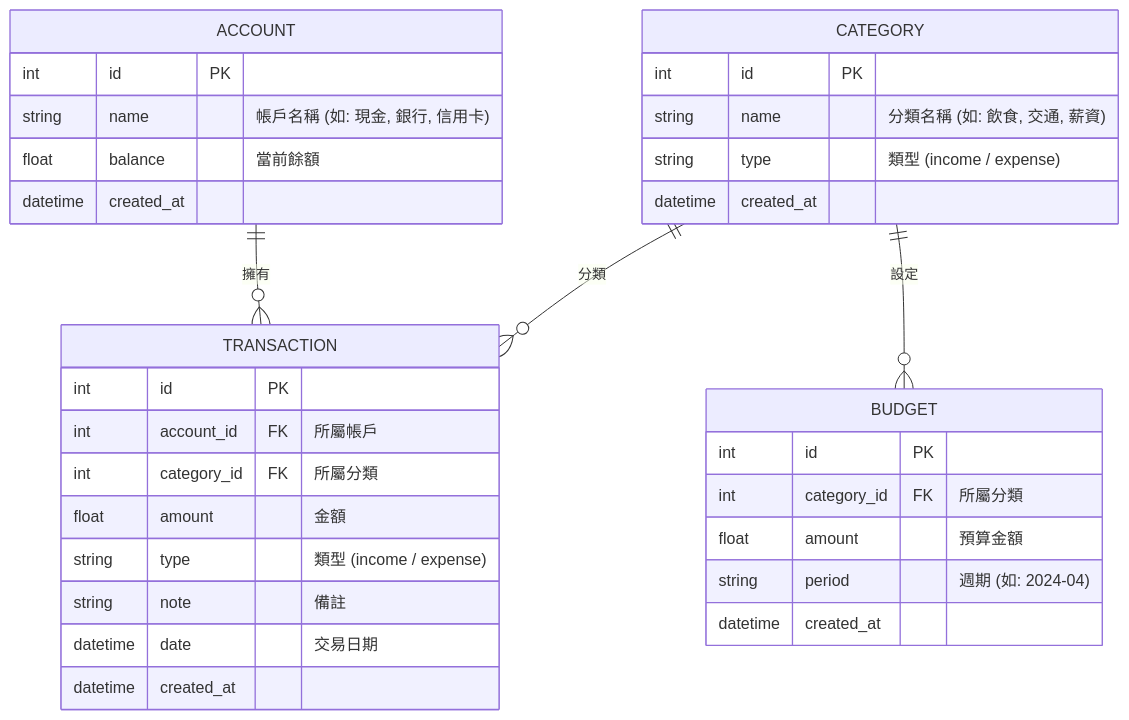
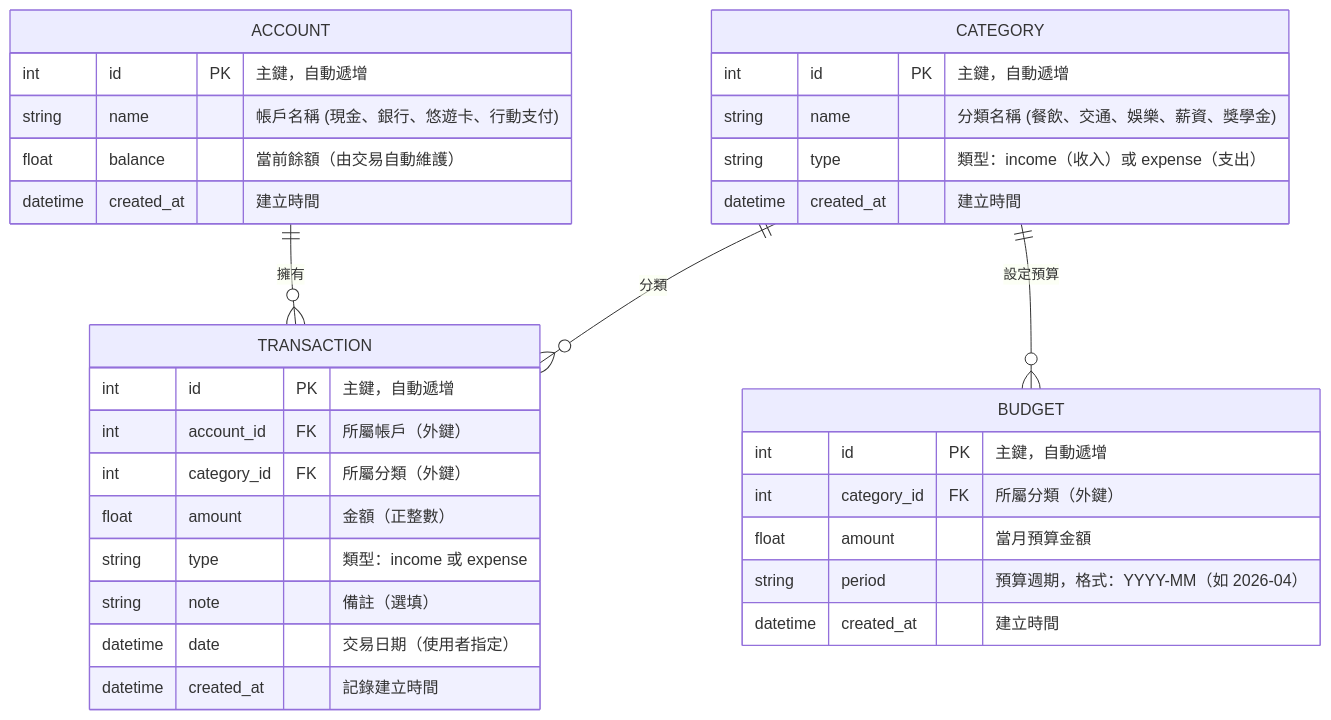
The diagram in docs/DB_DESIGN.md (d1463704/web_app_development), drawn with Mermaid before and after one commit. The commit also changed other lines of this file and 5 other files, not shown here.

Commit message:
feat: add database schema and models

````diff
--- a/docs/DB_DESIGN.md
+++ b/docs/DB_DESIGN.md
@@ -5,39 +5,39 @@
 ```mermaid
 erDiagram
     ACCOUNT ||--o{ TRANSACTION : "擁有"
     CATEGORY ||--o{ TRANSACTION : "分類"
-    CATEGORY ||--o{ BUDGET : "設定"
+    CATEGORY ||--o{ BUDGET : "設定預算"
 
     ACCOUNT {
-        int id PK
-        string name "帳戶名稱 (如: 現金, 銀行, 信用卡)"
-        float balance "當前餘額"
-        datetime created_at
+        int id PK "主鍵，自動遞增"
+        string name "帳戶名稱 (現金、銀行、悠遊卡、行動支付)"
+        float balance "當前餘額（由交易自動維護）"
+        datetime created_at "建立時間"
     }
 
     CATEGORY {
-        int id PK
-        string name "分類名稱 (如: 飲食, 交通, 薪資)"
-        string type "類型 (income / expense)"
-        datetime created_at
+        int id PK "主鍵，自動遞增"
+        string name "分類名稱 (餐飲、交通、娛樂、薪資、獎學金)"
+        string type "類型：income（收入）或 expense（支出）"
+        datetime created_at "建立時間"
     }
 
     TRANSACTION {
-        int id PK
-        int account_id FK "所屬帳戶"
-        int category_id FK "所屬分類"
-        float amount "金額"
-        string type "類型 (income / expense)"
-        string note "備註"
-        datetime date "交易日期"
-        datetime created_at
+        int id PK "主鍵，自動遞增"
+        int account_id FK "所屬帳戶（外鍵）"
+        int category_id FK "所屬分類（外鍵）"
+        float amount "金額（正整數）"
+        string type "類型：income 或 expense"
+        string note "備註（選填）"
+        datetime date "交易日期（使用者指定）"
+        datetime created_at "記錄建立時間"
     }
 
     BUDGET {
-        int id PK
-        int category_id FK "所屬分類"
-        float amount "預算金額"
-        string period "週期 (如: 2024-04)"
-        datetime created_at
+        int id PK "主鍵，自動遞增"
+        int category_id FK "所屬分類（外鍵）"
+        float amount "當月預算金額"
+        string period "預算週期，格式：YYYY-MM（如 2026-04）"
+        datetime created_at "建立時間"
     }
 ```
````
